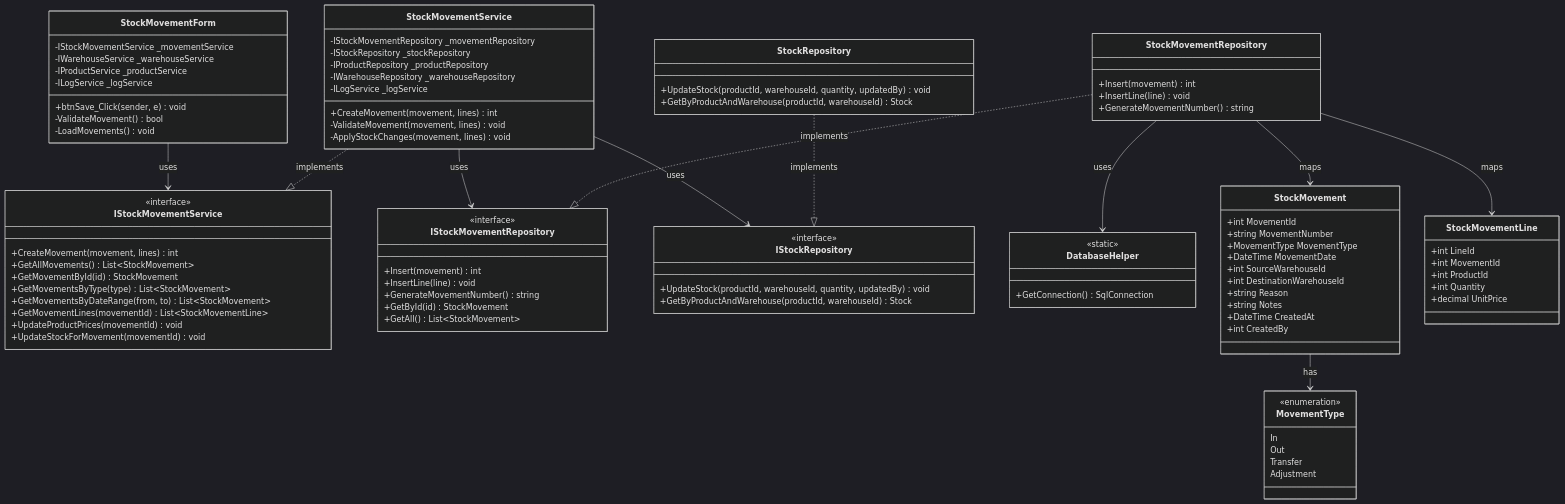
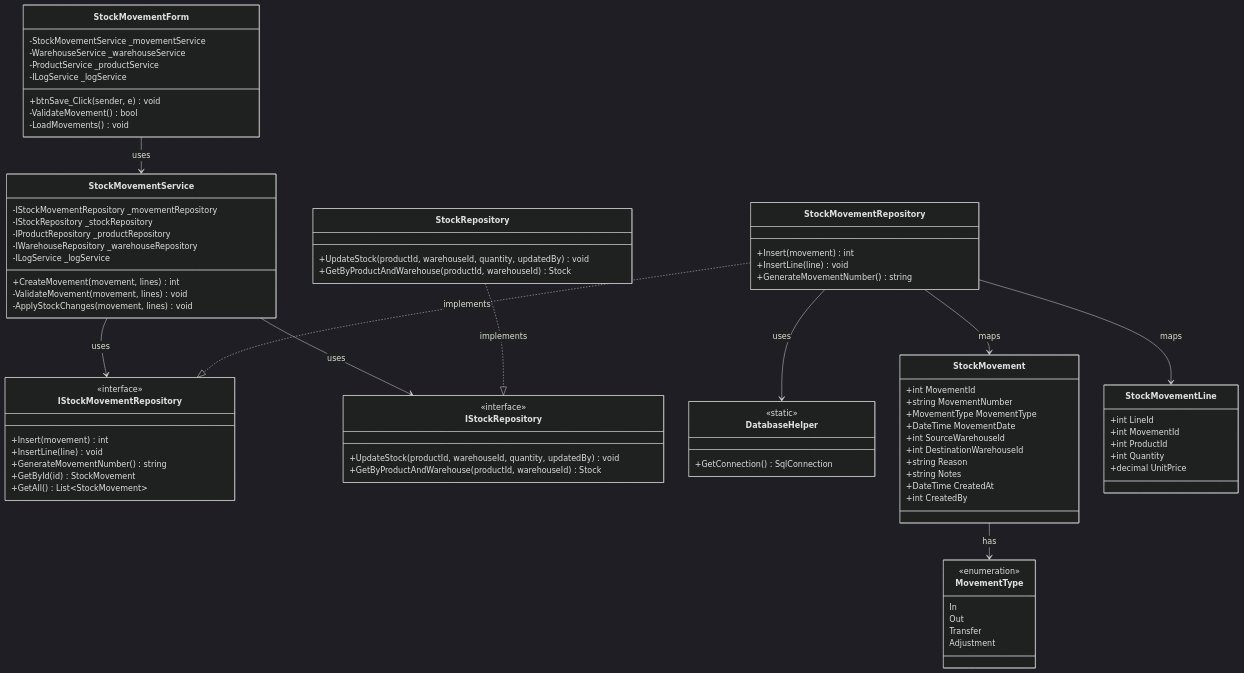
The first of 16 diagrams in Documentation/UML_Diagrams/14_Movements_UseCases.md (nahuk86/tp_diploma_nk_2026), drawn with Mermaid (dark theme) before and after one commit. The commit also changed other lines of this file and 5 other files, not shown here.

First line of the commit message:
Fix UML documentation: remove non-existent BLL service interfaces

````diff
--- a/Documentation/UML_Diagrams/14_Movements_UseCases.md
+++ b/Documentation/UML_Diagrams/14_Movements_UseCases.md
@@ -11,26 +11,15 @@
 ```mermaid
 classDiagram
     class StockMovementForm {
-        -IStockMovementService _movementService
-        -IWarehouseService _warehouseService
-        -IProductService _productService
+        -StockMovementService _movementService
+        -WarehouseService _warehouseService
+        -ProductService _productService
         -ILogService _logService
         +btnSave_Click(sender, e) void
         -ValidateMovement() bool
         -LoadMovements() void
     }
 
-    class IStockMovementService {
-        <<interface>>
-        +CreateMovement(movement, lines) int
-        +GetAllMovements() List~StockMovement~
-        +GetMovementById(id) StockMovement
-        +GetMovementsByType(type) List~StockMovement~
-        +GetMovementsByDateRange(from, to) List~StockMovement~
-        +GetMovementLines(movementId) List~StockMovementLine~
-        +UpdateProductPrices(movementId) void
-        +UpdateStockForMovement(movementId) void
-    }
 
     class StockMovementService {
         -IStockMovementRepository _movementRepository
@@ -103,8 +92,7 @@
         Adjustment
     }
 
-    StockMovementForm --> IStockMovementService : uses
-    StockMovementService ..|> IStockMovementService : implements
+    StockMovementForm --> StockMovementService : uses
     StockMovementService --> IStockMovementRepository : uses
     StockMovementService --> IStockRepository : uses
     StockMovementRepository ..|> IStockMovementRepository : implements
````
